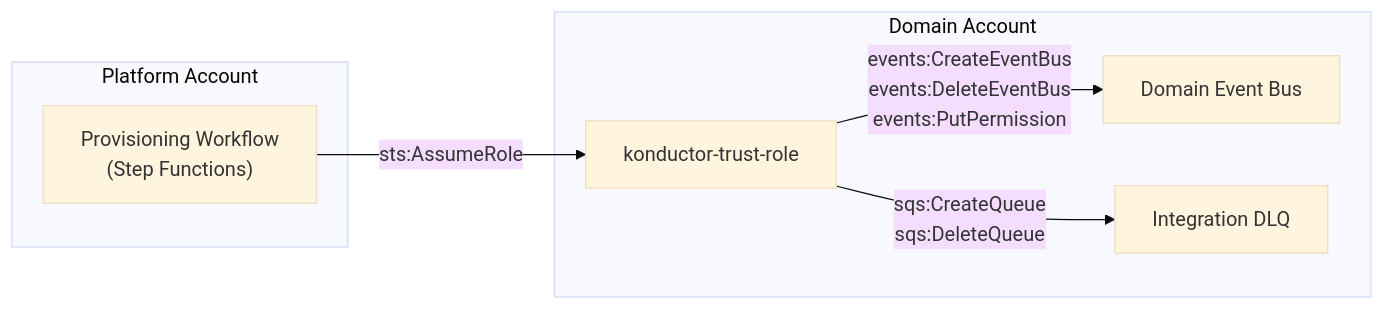
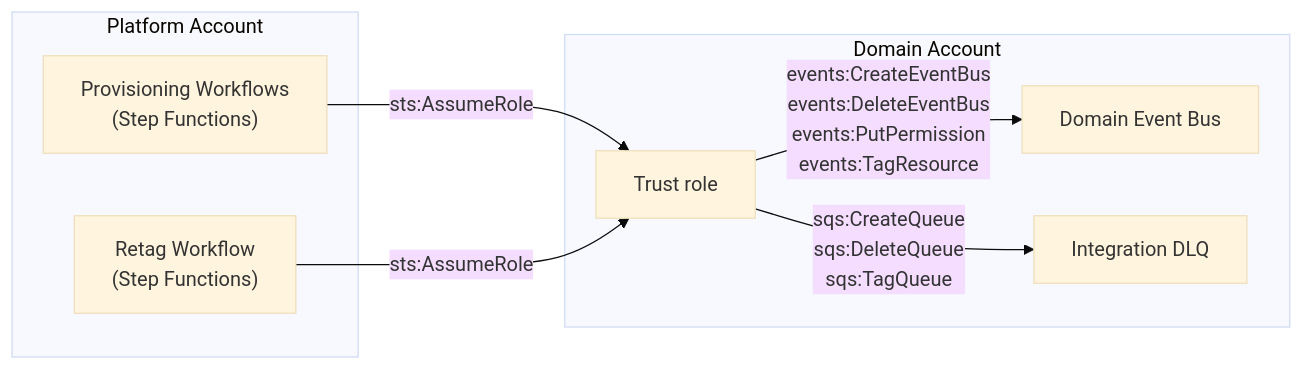
The diagram in docs/architecture/cross-account-trust.md (liedig/konductor4evb), drawn with Mermaid (base theme) before and after one commit. The commit also changed other lines of this file and 75 other files, not shown here.

````diff
--- a/docs/architecture/cross-account-trust.md
+++ b/docs/architecture/cross-account-trust.md
@@ -13,16 +11,18 @@
 ```mermaid
 graph LR
     subgraph platform["Platform Account"]
-        provwf["Provisioning Workflow<br/>(Step Functions)"]
+        provwf["Provisioning Workflows<br/>(Step Functions)"]
+        retagwf["Retag Workflow<br/>(Step Functions)"]
     end
 
     subgraph app["Domain Account"]
-        trustrole["konductor-trust-role"]
+        trustrole["Trust role"]
         appbus["Domain Event Bus"]
         appdlq["Integration DLQ"]
     end
 
     provwf -->|"sts:AssumeRole"| trustrole
-    trustrole -->|"events:CreateEventBus<br/>events:DeleteEventBus<br/>events:PutPermission"| appbus
-    trustrole -->|"sqs:CreateQueue<br/>sqs:DeleteQueue"| appdlq
+    retagwf -->|"sts:AssumeRole"| trustrole
+    trustrole -->|"events:CreateEventBus<br/>events:DeleteEventBus<br/>events:PutPermission<br/>events:TagResource"| appbus
+    trustrole -->|"sqs:CreateQueue<br/>sqs:DeleteQueue<br/>sqs:TagQueue"| appdlq
 ```
````
